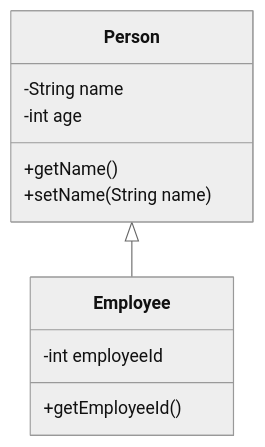
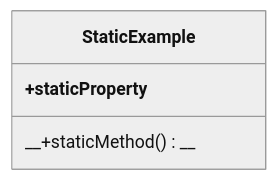
Before and after one commit to TroelsMortensen/Codelabs2: the diagram in Articles/UML Class Diagrams/009 Static.md, drawn with Mermaid (neutral theme). The commit also changed other lines of this file, not shown here.

Commit message:
static example

````diff
--- a/Articles/UML Class Diagrams/009 Static.md
+++ b/Articles/UML Class Diagrams/009 Static.md
@@ -13,14 +7,7 @@
 ```mermaid
 classDiagram
-    class Person {
-        -String name
-        -int age
-        +getName()
-        +setName(String name)
+    class StaticExample {
+        __+staticMethod()__
+        __+staticProperty__
     }
-    class Employee {
-        -int employeeId
-        +getEmployeeId()
-    }
-    Person <|-- Employee
 ```
````
